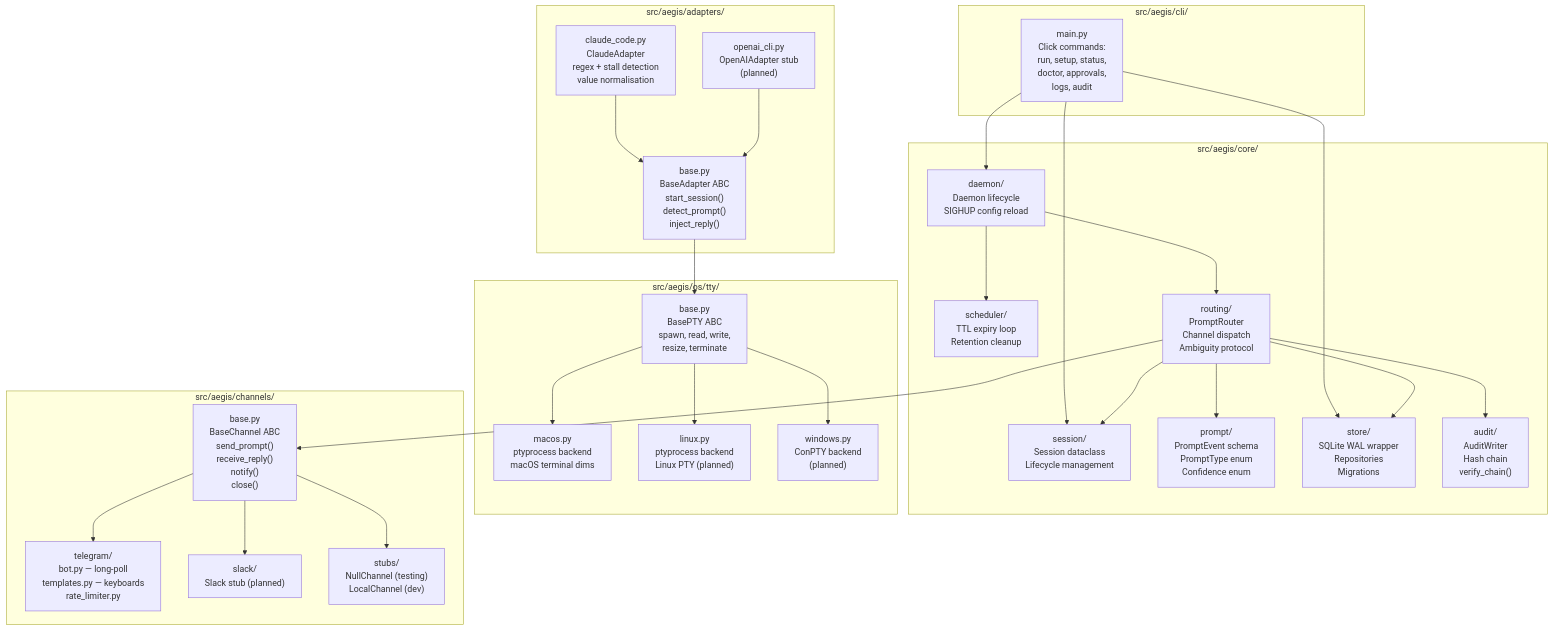
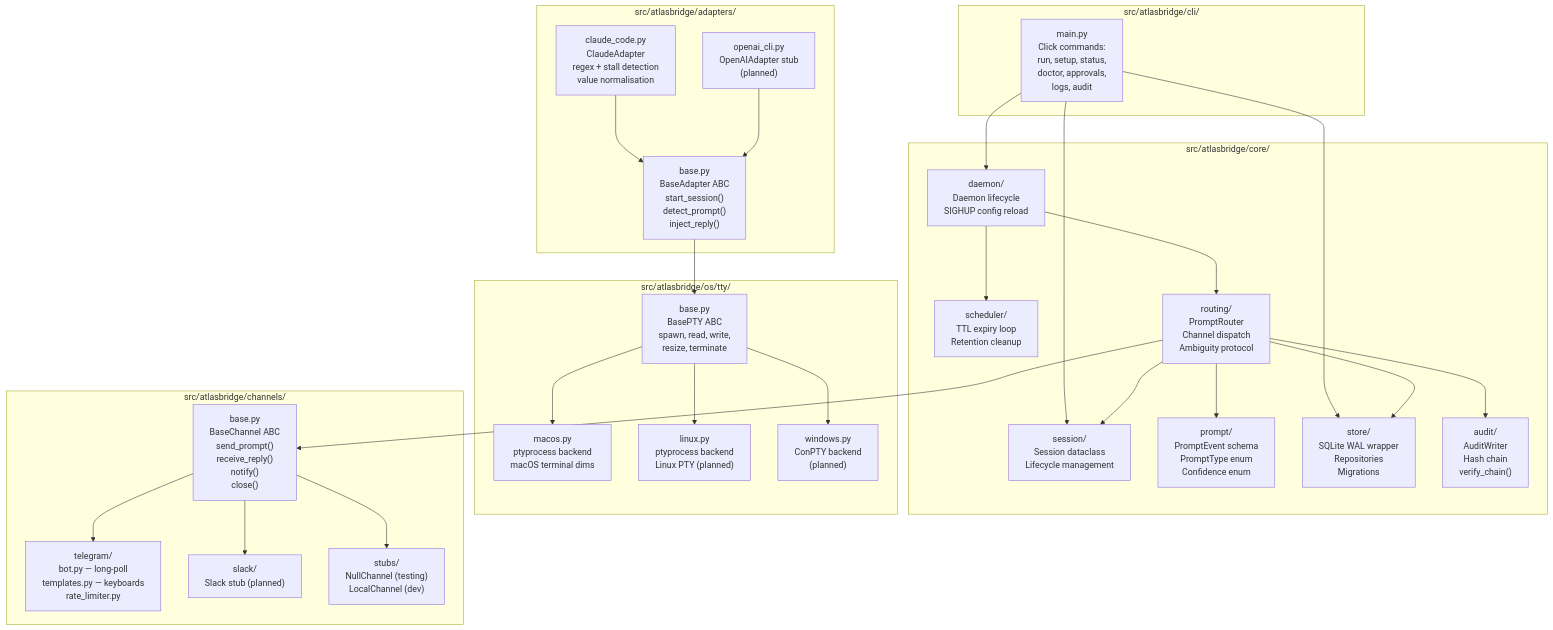
The second of 5 diagrams in docs/architecture.md (abdulraoufatia/aegis-cli), drawn with Mermaid before and after one commit. The commit also changed other lines of this file and 42 other files, not shown here.

First line of the commit message:
chore: rename aegis to atlasbridge across entire repo (#31)

````diff
--- a/docs/architecture.md
+++ b/docs/architecture.md
@@ -90,56 +90,56 @@
 ```mermaid
 graph TD
-    subgraph cli["src/aegis/cli/"]
+    subgraph cli["src/atlasbridge/cli/"]
         MAIN["main.py\nClick commands:\nrun, setup, status,\ndoctor, approvals,\nlogs, audit"]
     end
 
-    subgraph core["src/aegis/core/"]
+    subgraph core["src/atlasbridge/core/"]
         DAEMON["daemon/\nDaemon lifecycle\nSIGHUP config reload"]
         SCHEDULER["scheduler/\nTTL expiry loop\nRetention cleanup"]
         SESSION_MOD["session/\nSession dataclass\nLifecycle management"]
         PROMPT_MOD["prompt/\nPromptEvent schema\nPromptType enum\nConfidence enum"]
         ROUTING["routing/\nPromptRouter\nChannel dispatch\nAmbiguity protocol"]
         STORE_MOD["store/\nSQLite WAL wrapper\nRepositories\nMigrations"]
         AUDIT_MOD["audit/\nAuditWriter\nHash chain\nverify_chain()"]
     end
 
-    subgraph os_layer["src/aegis/os/tty/"]
+    subgraph os_layer["src/atlasbridge/os/tty/"]
         TTY_BASE["base.py\nBasePTY ABC\nspawn, read, write,\nresize, terminate"]
         MACOS["macos.py\nptyprocess backend\nmacOS terminal dims"]
         LINUX["linux.py\nptyprocess backend\nLinux PTY (planned)"]
         WINDOWS["windows.py\nConPTY backend\n(planned)"]
     end
 
-    subgraph adapters["src/aegis/adapters/"]
+    subgraph adapters["src/atlasbridge/adapters/"]
         ADP_BASE["base.py\nBaseAdapter ABC\nstart_session()\ndetect_prompt()\ninject_reply()"]
         CLAUDE_ADP["claude_code.py\nClaudeAdapter\nregex + stall detection\nvalue normalisation"]
         OPENAI_ADP["openai_cli.py\nOpenAIAdapter stub\n(planned)"]
     end
 
-    subgraph channels["src/aegis/channels/"]
+    subgraph channels["src/atlasbridge/channels/"]
         CH_BASE["base.py\nBaseChannel ABC\nsend_prompt()\nreceive_reply()\nnotify()\nclose()"]
         TG["telegram/\nbot.py — long-poll\ntemplates.py — keyboards\nrate_limiter.py"]
         SLACK["slack/\nSlack stub (planned)"]
         STUBS["stubs/\nNullChannel (testing)\nLocalChannel (dev)"]
     end
 
     MAIN --> DAEMON
     MAIN --> SESSION_MOD
     MAIN --> STORE_MOD
     DAEMON --> SCHEDULER
     DAEMON --> ROUTING
     ROUTING --> PROMPT_MOD
     ROUTING --> SESSION_MOD
     ROUTING --> STORE_MOD
     ROUTING --> AUDIT_MOD
     ROUTING --> CH_BASE
     CH_BASE --> TG
     CH_BASE --> SLACK
     CH_BASE --> STUBS
     CLAUDE_ADP --> ADP_BASE
     OPENAI_ADP --> ADP_BASE
     ADP_BASE --> TTY_BASE
     TTY_BASE --> MACOS
     TTY_BASE --> LINUX
     TTY_BASE --> WINDOWS
 ```
````
